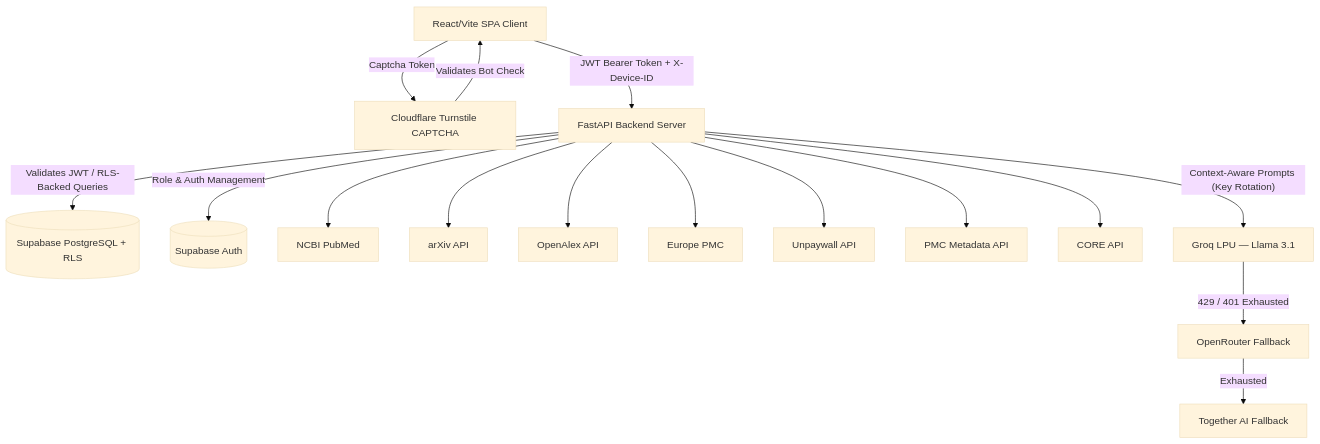
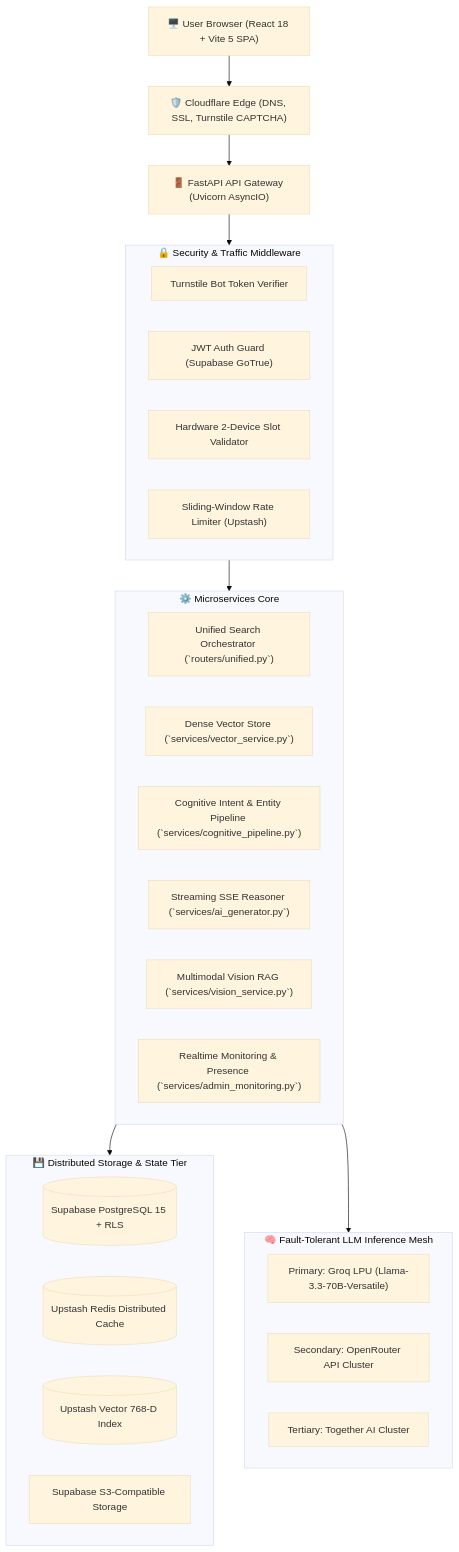
Before and after one commit to CodeWithPritom/ScholarHub-frontend: the second of 13 diagrams in SYSTEM_ARCHITECTURE_DEEP_DIVE.md, drawn with Mermaid (base theme). The commit also changed other lines of this file and 1 other file, not shown here.

````diff
--- a/SYSTEM_ARCHITECTURE_DEEP_DIVE.md
+++ b/SYSTEM_ARCHITECTURE_DEEP_DIVE.md
@@ -28,32 +76,43 @@
 ```mermaid
 graph TD
-    Client["React/Vite SPA Client"]
-    Turnstile["Cloudflare Turnstile CAPTCHA"]
-    FastAPI["FastAPI Backend Server"]
-    SupabaseDB[("Supabase PostgreSQL + RLS")]
-    Auth[("Supabase Auth")]
+    Client["🖥️ User Browser (React 18 + Vite 5 SPA)"]
+    Cloudflare["🛡️ Cloudflare Edge (DNS, SSL, Turnstile CAPTCHA)"]
+    FastAPIGateway["🚪 FastAPI API Gateway (Uvicorn AsyncIO)"]
+    
+    subgraph MiddlewareMesh ["🔒 Security & Traffic Middleware"]
+        TurnstileValidator["Turnstile Bot Token Verifier"]
+        JWTAuthenticator["JWT Auth Guard (Supabase GoTrue)"]
+        DeviceSlotGuard["Hardware 2-Device Slot Validator"]
+        SlidingRateLimiter["Sliding-Window Rate Limiter (Upstash)"]
+    end
 
-    NCBI["NCBI PubMed"]
-    Arxiv["arXiv API"]
-    OpenAlex["OpenAlex API"]
-    EPMC["Europe PMC"]
-    Unpaywall["Unpaywall API"]
-    PMC_Meta["PMC Metadata API"]
-    CORE["CORE API"]
+    subgraph CoreServicesMesh ["⚙️ Microservices Core"]
+        UnifiedSearchSvc["Unified Search Orchestrator (`routers/unified.py`)"]
+        VectorMemorySvc["Dense Vector Store (`services/vector_service.py`)"]
+        CognitiveSvc["Cognitive Intent & Entity Pipeline (`services/cognitive_pipeline.py`)"]
+        AIGeneratorSvc["Streaming SSE Reasoner (`services/ai_generator.py`)"]
+        VisionRAGSvc["Multimodal Vision RAG (`services/vision_service.py`)"]
+        AdminTelemetrySvc["Realtime Monitoring & Presence (`services/admin_monitoring.py`)"]
+    end
 
-    Groq["Groq LPU — Llama 3.1"]
-    OpenRouter["OpenRouter Fallback"]
-    TogetherAI["Together AI Fallback"]
+    subgraph DataStorageTier ["💾 Distributed Storage & State Tier"]
+        SupabaseDB[("Supabase PostgreSQL 15 + RLS")]
+        UpstashRedis[("Upstash Redis Distributed Cache")]
+        UpstashVector[("Upstash Vector 768-D Index")]
+        SupabaseStorage["Supabase S3-Compatible Storage"]
+    end
 
-    Client -- "JWT Bearer Token + X-Device-ID" --> FastAPI
-    Client -- "Captcha Token" --> Turnstile
-    Turnstile -- "Validates Bot Check" --> Client
+    subgraph InferenceCluster ["🧠 Fault-Tolerant LLM Inference Mesh"]
+        GroqLPU["Primary: Groq LPU (Llama-3.3-70B-Versatile)"]
+        OpenRouterFailover["Secondary: OpenRouter API Cluster"]
+        TogetherFailover["Tertiary: Together AI Cluster"]
+    end
 
-    FastAPI -- "Validates JWT / RLS-Backed Queries" --> SupabaseDB
-    FastAPI -- "Role & Auth Management" --> Auth
+    Client --> Cloudflare
+    Cloudflare --> FastAPIGateway
+    FastAPIGateway --> MiddlewareMesh
+    MiddlewareMesh --> CoreServicesMesh
 
-    FastAPI --> NCBI & Arxiv & OpenAlex & EPMC & Unpaywall & PMC_Meta & CORE
-    FastAPI -- "Context-Aware Prompts (Key Rotation)" --> Groq
-    Groq -- "429 / 401 Exhausted" --> OpenRouter
-    OpenRouter -- "Exhausted" --> TogetherAI
+    CoreServicesMesh --> DataStorageTier
+    CoreServicesMesh --> InferenceCluster
 ```
````
